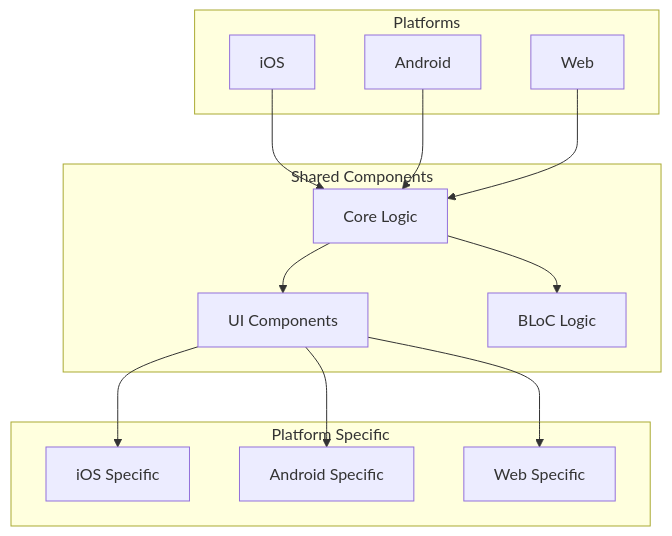
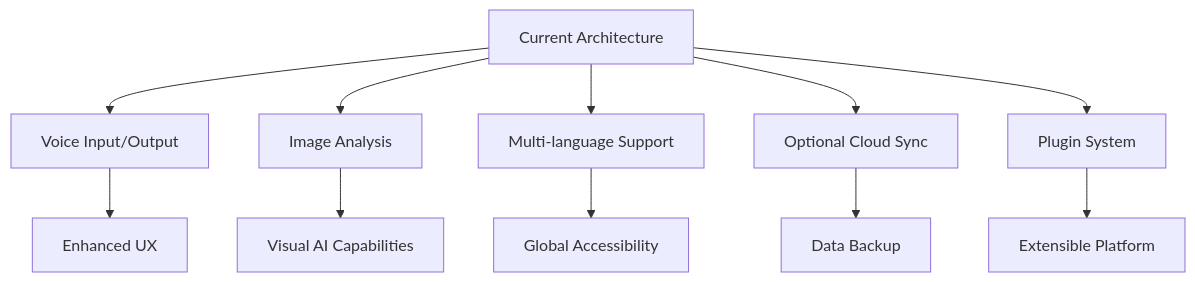
One commit to brahim-guaali/gen_lite changed the ninth of 9 diagrams in Docs/Architecture_Flow_Diagram.md. Above: the diagram before and after it, drawn with Mermaid. The commit also changed other lines of this file and 6 other files, not shown here.

First line of the commit message:
docs: Update all documentation to reflect unified UI design system and enhanced features

````diff
--- a/Docs/Architecture_Flow_Diagram.md
+++ b/Docs/Architecture_Flow_Diagram.md
@@ -325,31 +348,14 @@
 ```mermaid
-graph TB
-    subgraph "Platforms"
-        IOS[iOS]
-        ANDROID[Android]
-        WEB[Web]
-    end
-
-    subgraph "Shared Components"
-        CORE[Core Logic]
-        UI[UI Components]
-        BLOC[BLoC Logic]
-    end
-
-    subgraph "Platform Specific"
-        IOS_SPEC[iOS Specific]
-        ANDROID_SPEC[Android Specific]
-        WEB_SPEC[Web Specific]
-    end
-
-    IOS --> CORE
-    ANDROID --> CORE
-    WEB --> CORE
+graph TD
+    Current[Current Architecture] --> Voice[Voice Input/Output]
+    Current --> Image[Image Analysis]
+    Current --> MultiLang[Multi-language Support]
+    Current --> CloudSync[Optional Cloud Sync]
+    Current --> Plugins[Plugin System]
     
-    CORE --> UI
-    CORE --> BLOC
-    
-    UI --> IOS_SPEC
-    UI --> ANDROID_SPEC
-    UI --> WEB_SPEC
+    Voice --> EnhancedUX[Enhanced UX]
+    Image --> VisualAI[Visual AI Capabilities]
+    MultiLang --> Global[Global Accessibility]
+    CloudSync --> Backup[Data Backup]
+    Plugins --> Extensible[Extensible Platform]
 ```
````
